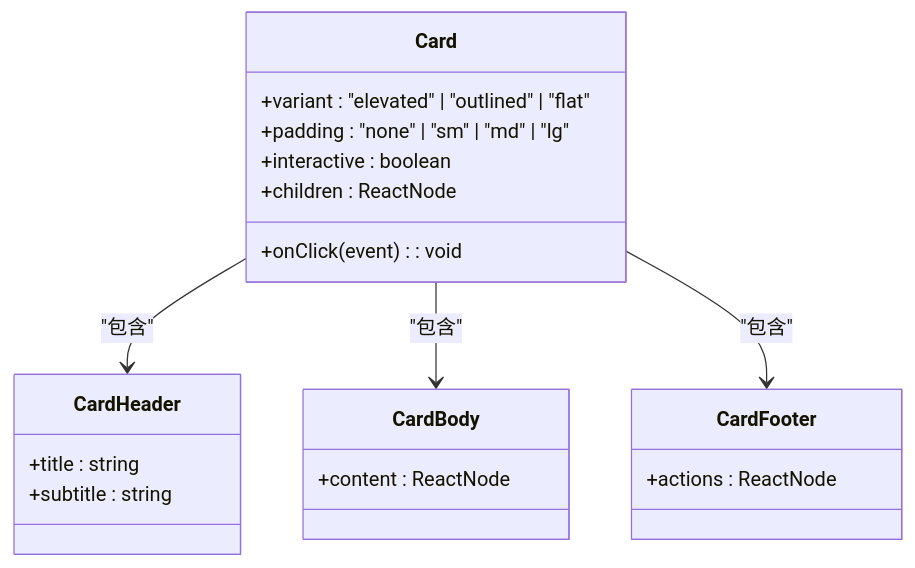
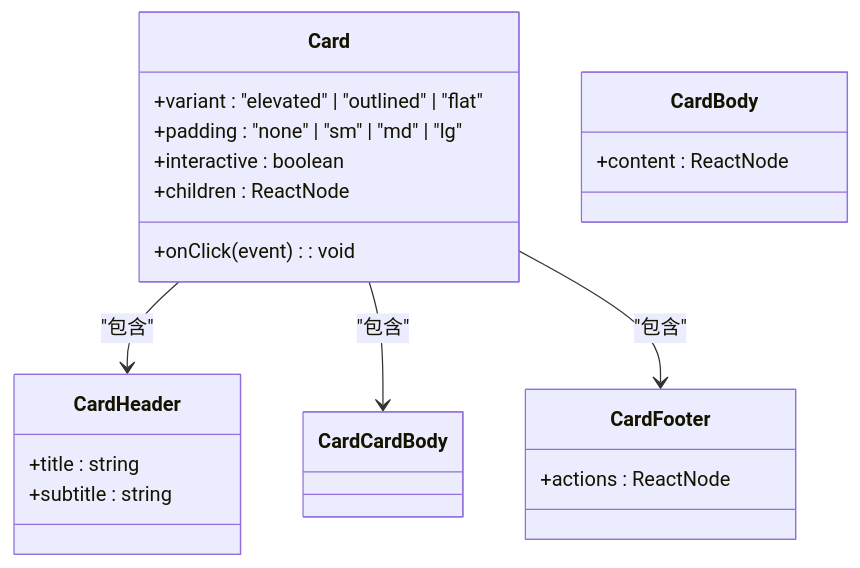
One commit to scottcwy/PurpleInk changed the fifth of 8 diagrams in .qoder/repowiki/zh/content/前端架构/组件系统/基础UI组件.md. Above: the diagram before and after it, drawn with Mermaid. The commit also changed other lines of this file and 109 other files, not shown here.

````diff
--- a/.qoder/repowiki/zh/content/前端架构/组件系统/基础UI组件.md
+++ b/.qoder/repowiki/zh/content/前端架构/组件系统/基础UI组件.md
@@ -251,23 +320,23 @@
 ```mermaid
 classDiagram
 class Card {
 +variant : "elevated" | "outlined" | "flat"
 +padding : "none" | "sm" | "md" | "lg"
 +interactive : boolean
 +onClick(event) : void
 +children : ReactNode
 }
 class CardHeader {
 +title : string
 +subtitle : string
 }
 class CardBody {
 +content : ReactNode
 }
 class CardFooter {
 +actions : ReactNode
 }
 Card --> CardHeader : "包含"
-Card --> CardBody : "包含"
+Card --> CardCardBody : "包含"
 Card --> CardFooter : "包含"
 ```
````
